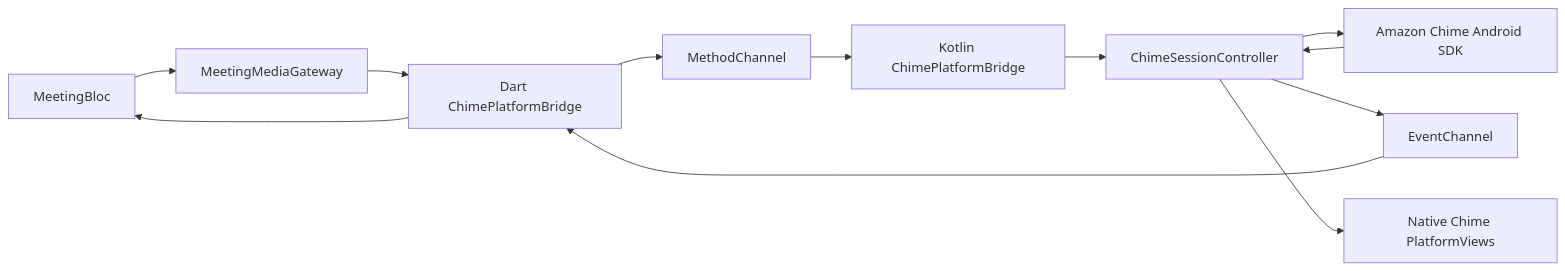
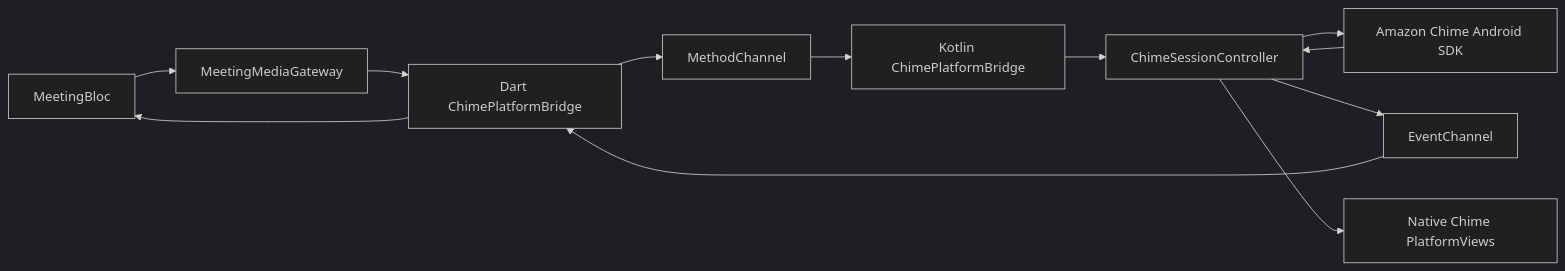
Before and after one commit to maharudraabhishek/chime_meeting_demo: the seventh of 10 diagrams in README.md, drawn with Mermaid. The commit also changed other lines of this file and 6 other files, not shown here.

````diff
--- a/README.md
+++ b/README.md
@@ -373,14 +465,15 @@
 ```mermaid
-flowchart LR
-    A[MeetingBloc] --> B[MeetingMediaGateway]
-    B --> C[Dart ChimePlatformBridge]
-    C --> D[MethodChannel]
-    D --> E[Kotlin ChimePlatformBridge]
-    E --> F[ChimeSessionController]
-    F --> G[Amazon Chime Android SDK]
-    G --> F
-    F --> H[EventChannel]
-    H --> C
-    C --> A
-    F --> I[Native Chime PlatformViews]
+%%{init: {"theme":"dark","darkMode":true}}%%
+graph LR;
+    A[MeetingBloc] --> B[MeetingMediaGateway];
+    B --> C[Dart ChimePlatformBridge];
+    C --> D[MethodChannel];
+    D --> E[Kotlin ChimePlatformBridge];
+    E --> F[ChimeSessionController];
+    F --> G[Amazon Chime Android SDK];
+    G --> F;
+    F --> H[EventChannel];
+    H --> C;
+    C --> A;
+    F --> I[Native Chime PlatformViews];
 ```
````
